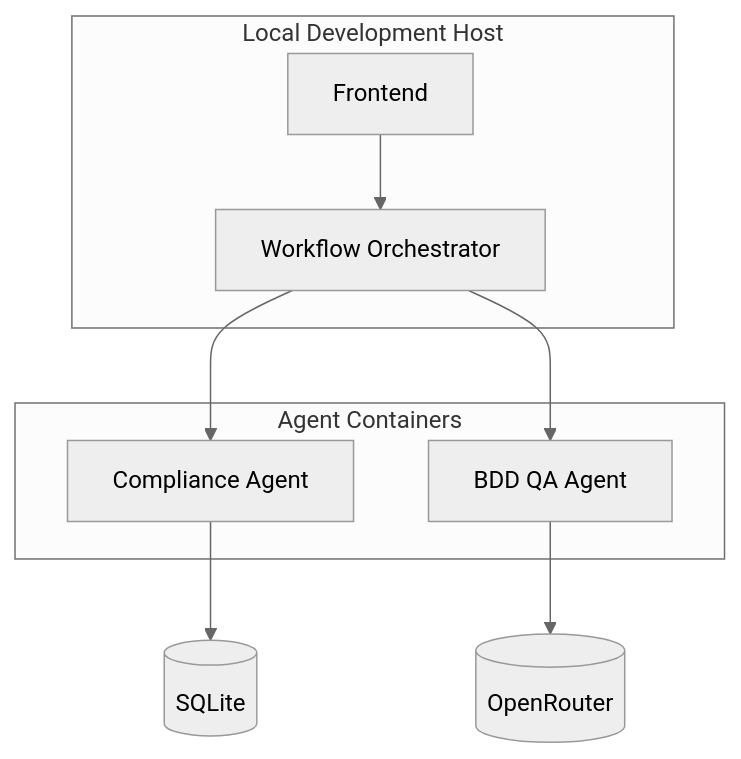
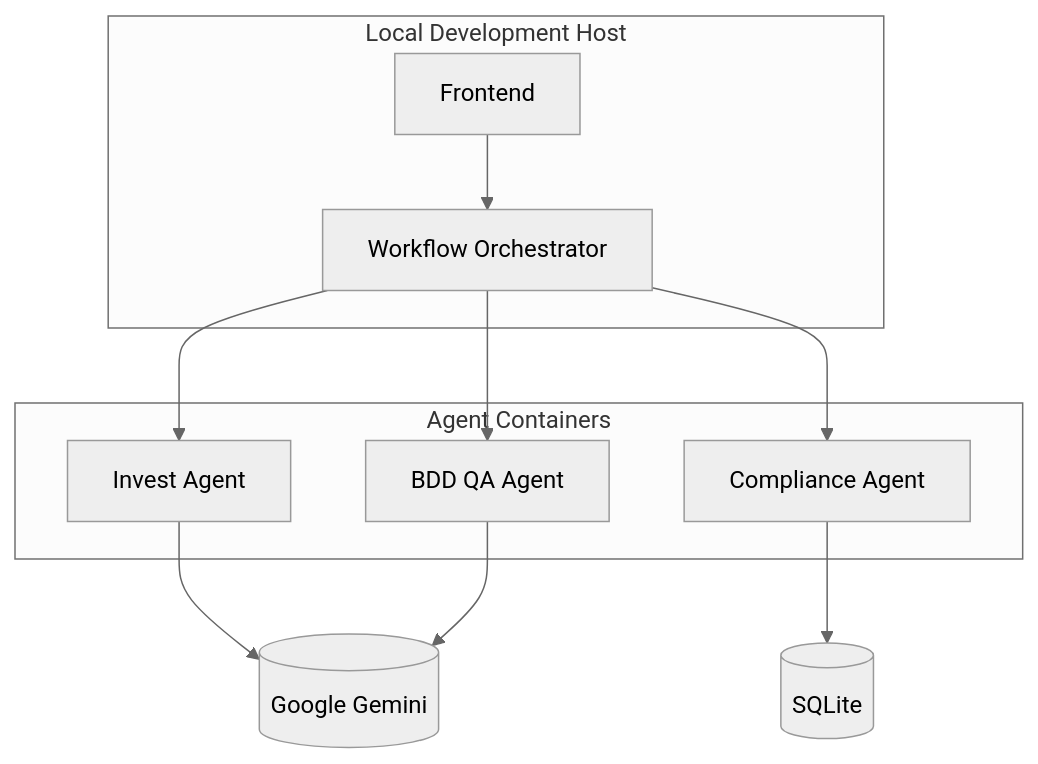
The sixth of 6 diagrams in docs/diagrams.md (igusouz/talp-agents-mvp), drawn with Mermaid (neutral theme) before and after one commit. The commit also changed other lines of this file and 16 other files, not shown here.

````diff
--- a/docs/diagrams.md
+++ b/docs/diagrams.md
@@ -103,18 +103,21 @@
 ```mermaid
 flowchart TB
   subgraph LocalHost[Local Development Host]
     FE[Frontend]
     ORCH[Workflow Orchestrator]
   end
 
   subgraph Containers[Agent Containers]
+    INV[Invest Agent]
     COMP[Compliance Agent]
     BDD[BDD QA Agent]
   end
 
   FE --> ORCH
+  ORCH --> INV
   ORCH --> COMP
   ORCH --> BDD
   COMP --> DB[(SQLite)]
-  BDD --> LLM[(OpenRouter)]
+  INV --> LLM[(Google Gemini)]
+  BDD --> LLM
 ```
````
